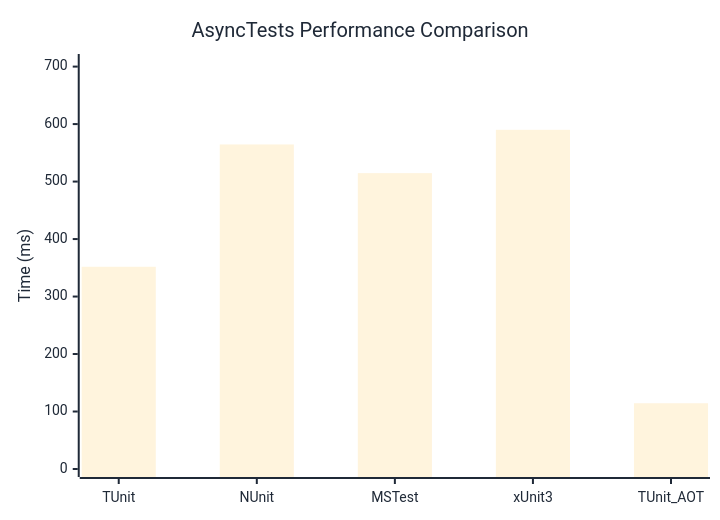
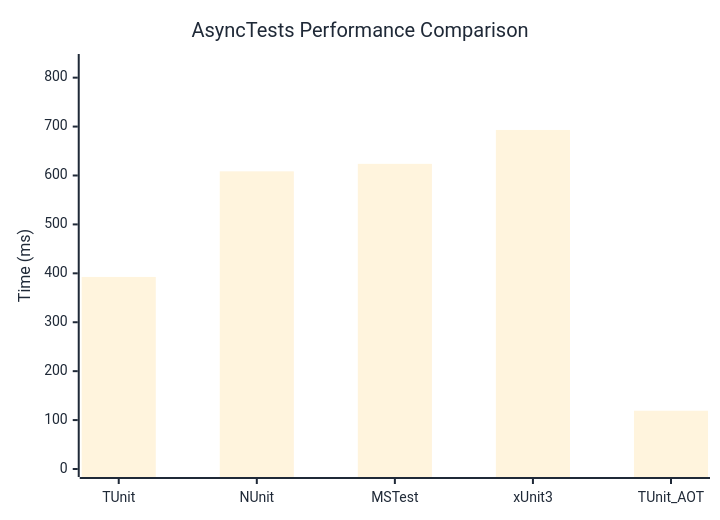
Before and after one commit to thomhurst/TUnit: the diagram in docs/docs/benchmarks/engine/AsyncTests.md, drawn with Mermaid. The commit also changed other lines of this file and 17 other files, not shown here.

````diff
--- a/docs/docs/benchmarks/engine/AsyncTests.md
+++ b/docs/docs/benchmarks/engine/AsyncTests.md
@@ -29,37 +29,37 @@
 ```mermaid
 %%{init: {
   'theme':'base',
   'themeVariables': {
     'primaryColor': '#2563eb',
     'primaryTextColor': '#1f2937',
     'primaryBorderColor': '#1e40af',
     'lineColor': '#6b7280',
     'secondaryColor': '#7c3aed',
     'tertiaryColor': '#dc2626',
     'background': '#ffffff',
     'mainBkg': '#2563eb',
     'secondBkg': '#7c3aed',
     'tertiaryBkg': '#dc2626',
     'clusterBkg': '#f3f4f6',
     'edgeLabelBackground': '#ffffff',
     'tertiaryTextColor': '#1f2937',
     'pie1': '#2563eb',
     'pie2': '#7c3aed',
     'pie3': '#dc2626',
     'pie4': '#f59e0b',
     'pie5': '#10b981',
     'pie6': '#06b6d4',
     'pie7': '#ec4899',
     'pie8': '#6366f1',
     'pie9': '#84cc16',
     'pie10': '#f97316',
     'pie11': '#14b8a6',
     'pie12': '#a855f7'
   }
 }}%%
 xychart-beta
   title "AsyncTests Performance Comparison"
   x-axis ["TUnit", "NUnit", "MSTest", "xUnit3", "TUnit_AOT"]
-  y-axis "Time (ms)" 0 --> 708
-  bar [351.8, 564.6, 514.7, 590, 114.4]
+  y-axis "Time (ms)" 0 --> 832
+  bar [392.6, 608.5, 623.8, 693.1, 119.1]
 ```
````
